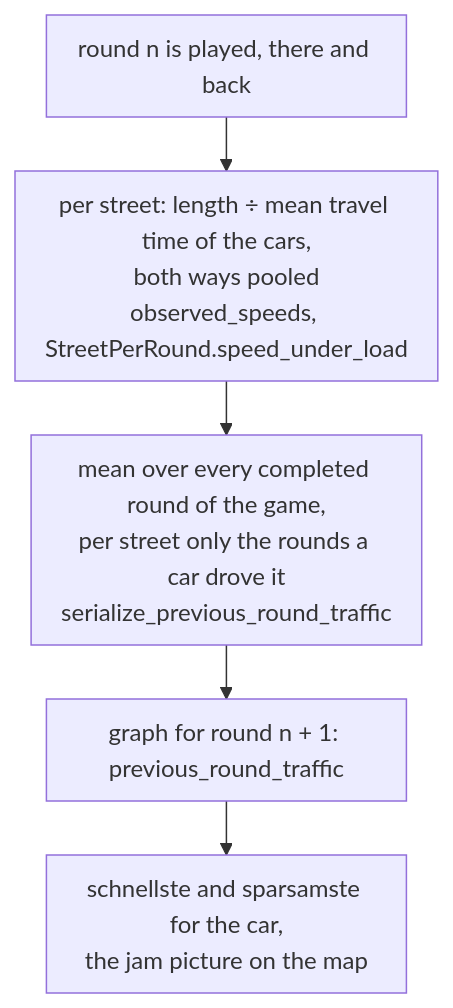
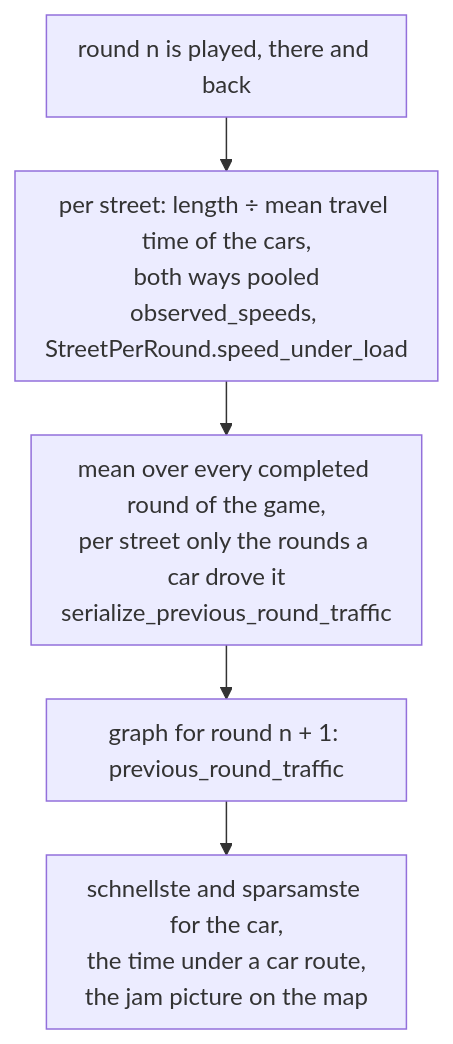
The fifth of 5 diagrams in docs/en-route-search.md (luke-hirsch/co2mmute), drawn with Mermaid before and after one commit. The commit also changed other lines of this file and 7 other files, not shown here.

````diff
--- a/docs/en-route-search.md
+++ b/docs/en-route-search.md
@@ -419,8 +427,8 @@
 ```mermaid
 %%{init: {"flowchart": {"wrappingWidth": 200, "nodeSpacing": 20, "rankSpacing": 36, "padding": 10}}}%%
 flowchart TD
     round["round n is played, there and back"] --> measure["per street: length ÷ mean travel time of the cars,<br>both ways pooled<br>observed_speeds, StreetPerRound.speed_under_load"]
     measure --> mean["mean over every completed round of the game,<br>per street only the rounds a car drove it<br>serialize_previous_round_traffic"]
     mean --> graph2["graph for round n + 1: previous_round_traffic"]
-    graph2 --> search["schnellste and sparsamste for the car,<br>the jam picture on the map"]
+    graph2 --> search["schnellste and sparsamste for the car,<br>the time under a car route,<br>the jam picture on the map"]
 ```
````
